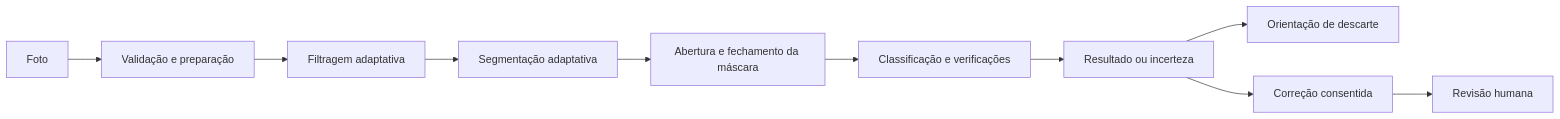
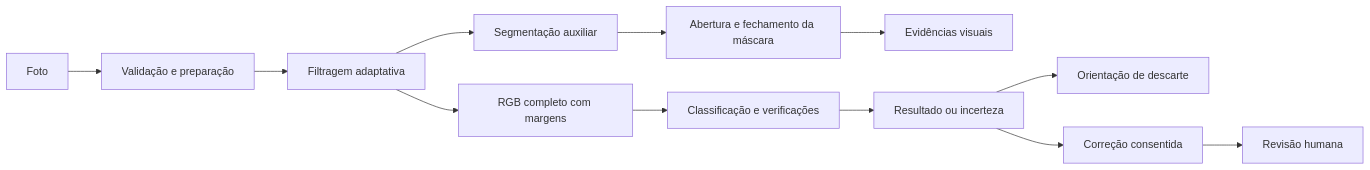
The diagram in README.md (Gabrielhamad/ecoscan), drawn with Mermaid before and after one commit. The commit also changed other lines of this file and 43 other files, not shown here.

````diff
--- a/README.md
+++ b/README.md
@@ -89,12 +96,14 @@
 ```mermaid
 flowchart LR
     A[Foto] --> B[Validação e preparação]
     B --> C[Filtragem adaptativa]
-    C --> D[Segmentação adaptativa]
+    C --> D[Segmentação auxiliar]
     D --> M[Abertura e fechamento da máscara]
-    M --> E[Classificação e verificações]
+    M --> V[Evidências visuais]
+    C --> L[RGB completo com margens]
+    L --> E[Classificação e verificações]
     E --> F[Resultado ou incerteza]
     F --> G[Orientação de descarte]
     F --> H[Correção consentida]
     H --> I[Revisão humana]
 ```
````
